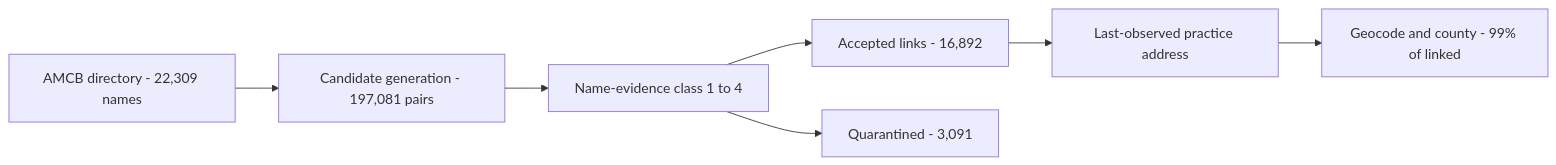
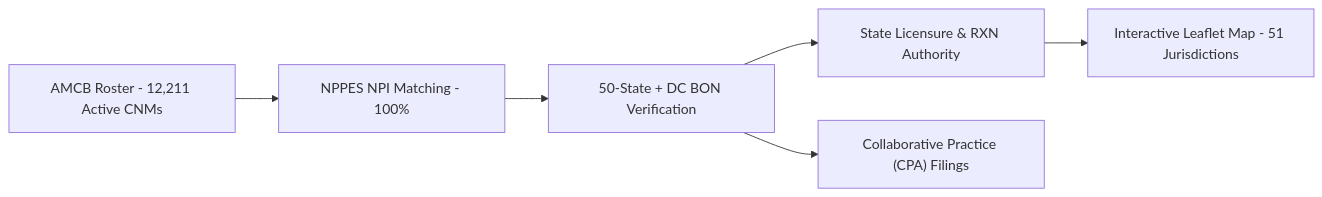
One commit to mufflyt/midwifery changed the first of 5 diagrams in README.md. Above: the diagram before and after it, drawn with Mermaid. The commit also changed other lines of this file and 4 other files, not shown here.

````diff
--- a/README.md
+++ b/README.md
@@ -18,9 +14,8 @@
 ```mermaid
 flowchart LR
-  A["AMCB directory - 22,309 names"] --> B["Candidate generation - 197,081 pairs"]
-  B --> C["Name-evidence class 1 to 4"]
-  C --> D["Accepted links - 16,892"]
-  C --> Q["Quarantined - 3,091"]
-  D --> E["Last-observed practice address"]
-  E --> F["Geocode and county - 99% of linked"]
+  A["AMCB Roster - 12,211 Active CNMs"] --> B["NPPES NPI Matching - 100%"]
+  B --> C["50-State + DC BON Verification"]
+  C --> D["State Licensure & RXN Authority"]
+  C --> E["Collaborative Practice (CPA) Filings"]
+  D --> F["Interactive Leaflet Map - 51 Jurisdictions"]
 ```
````
